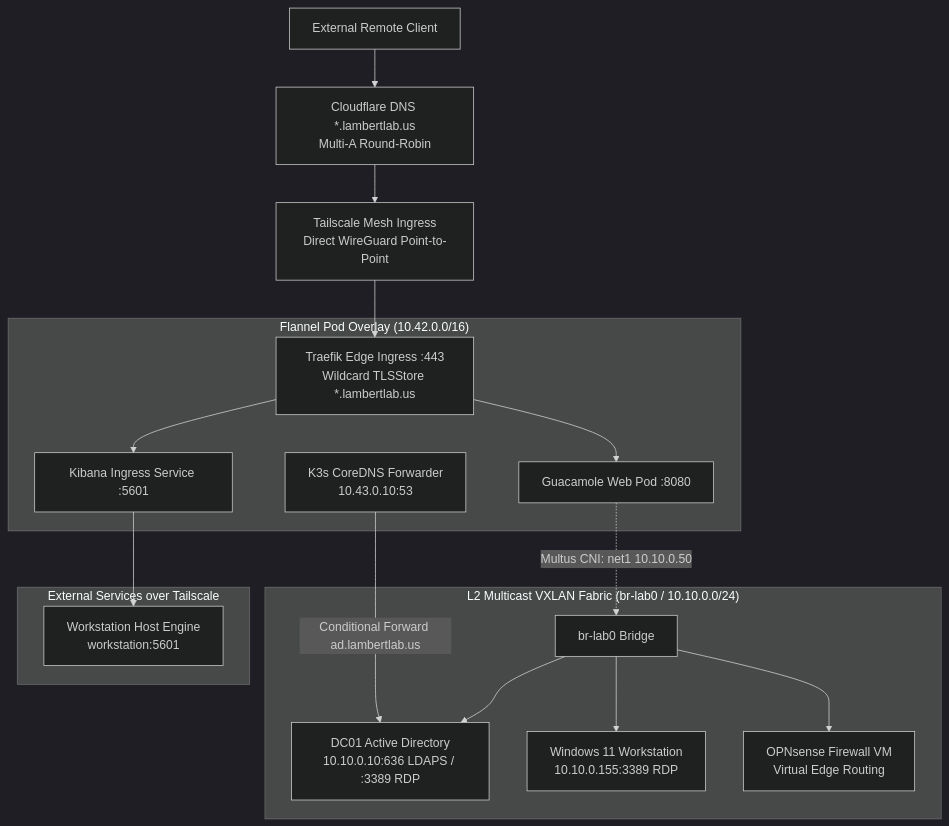
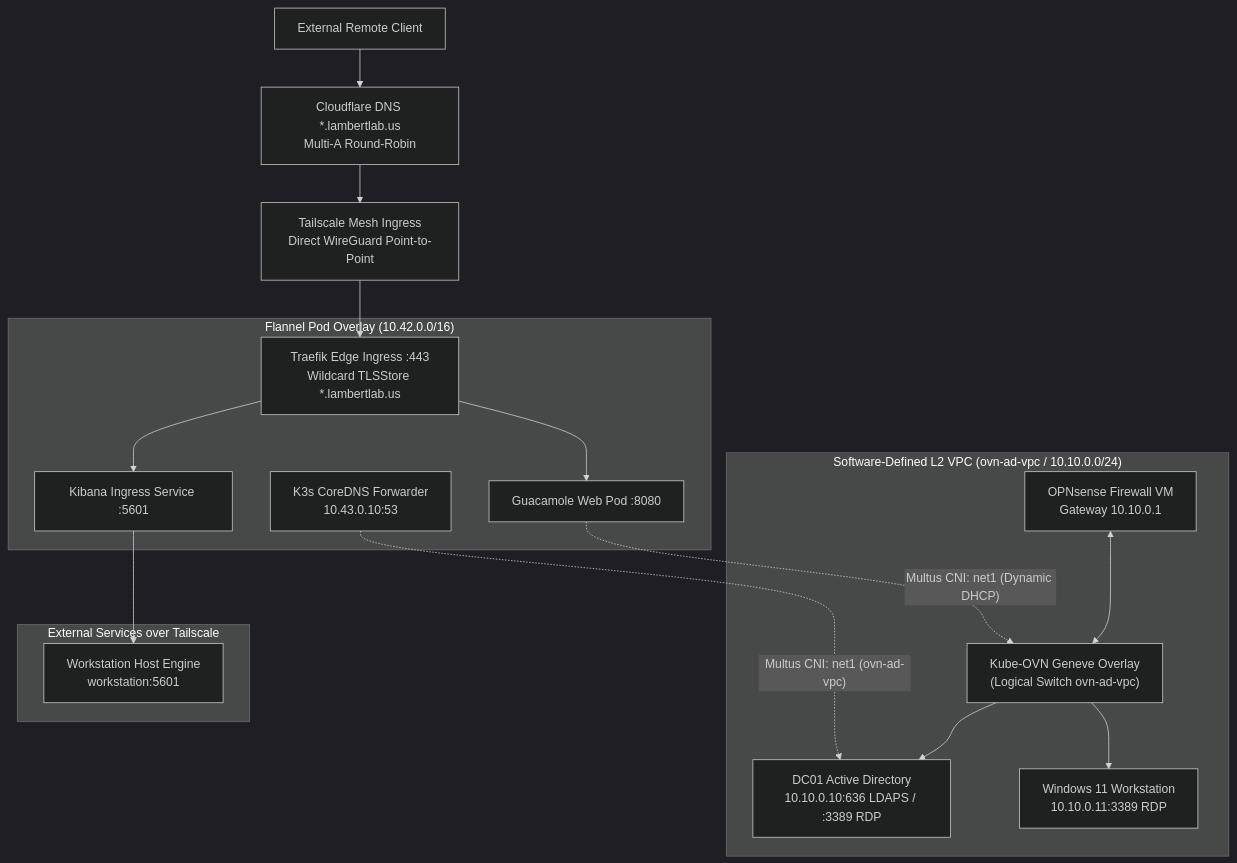
Before and after one commit to ChrisLambert03/homelab: the first of 2 diagrams in docs/architecture/networking.md, drawn with Mermaid (dark theme). The commit also changed other lines of this file and 14 other files, not shown here.

Commit message:
docs: synchronize architecture docs and READMEs with Kube-OVN L2 VPC overlay

````diff
--- a/docs/architecture/networking.md
+++ b/docs/architecture/networking.md
@@ -9,25 +9,25 @@
 ```mermaid
 graph TD
     Client["External Remote Client"] --> CF["Cloudflare DNS *.lambertlab.us<br/>Multi-A Round-Robin"]
     CF --> TS["Tailscale Mesh Ingress<br/>Direct WireGuard Point-to-Point"]
     TS --> Traefik["Traefik Edge Ingress :443<br/>Wildcard TLSStore *.lambertlab.us"]
     
     subgraph Flannel["Flannel Pod Overlay (10.42.0.0/16)"]
         Traefik --> GuacPod["Guacamole Web Pod :8080"]
         Traefik --> KibanaPod["Kibana Ingress Service :5601"]
         CoreDNS["K3s CoreDNS Forwarder<br/>10.43.0.10:53"]
     end
     
-    subgraph VXLAN["L2 Multicast VXLAN Fabric (br-lab0 / 10.10.0.0/24)"]
-        BridgeNet["br-lab0 Bridge"]
-        GuacPod -.->|"Multus CNI: net1 10.10.0.50"| BridgeNet
-        BridgeNet --> DC01["DC01 Active Directory<br/>10.10.0.10:636 LDAPS / :3389 RDP"]
-        BridgeNet --> Win11["Windows 11 Workstation<br/>10.10.0.155:3389 RDP"]
-        BridgeNet --> OPNsense["OPNsense Firewall VM<br/>Virtual Edge Routing"]
-        CoreDNS -->|"Conditional Forward ad.lambertlab.us"| DC01
+    subgraph OVN["Software-Defined L2 VPC (ovn-ad-vpc / 10.10.0.0/24)"]
+        OVNSwitch["Kube-OVN Geneve Overlay<br/>(Logical Switch ovn-ad-vpc)"]
+        OPNsense["OPNsense Firewall VM<br/>Gateway 10.10.0.1"] <--> OVNSwitch
+        GuacPod -.->|"Multus CNI: net1 (Dynamic DHCP)"| OVNSwitch
+        OVNSwitch --> DC01["DC01 Active Directory<br/>10.10.0.10:636 LDAPS / :3389 RDP"]
+        OVNSwitch --> Win11["Windows 11 Workstation<br/>10.10.0.11:3389 RDP"]
+        CoreDNS -.->|"Multus CNI: net1 (ovn-ad-vpc)"| DC01
     end
 
     subgraph External["External Services over Tailscale"]
         KibanaPod --> WorkstationNode["Workstation Host Engine<br/>workstation:5601"]
     end
 ```
````
